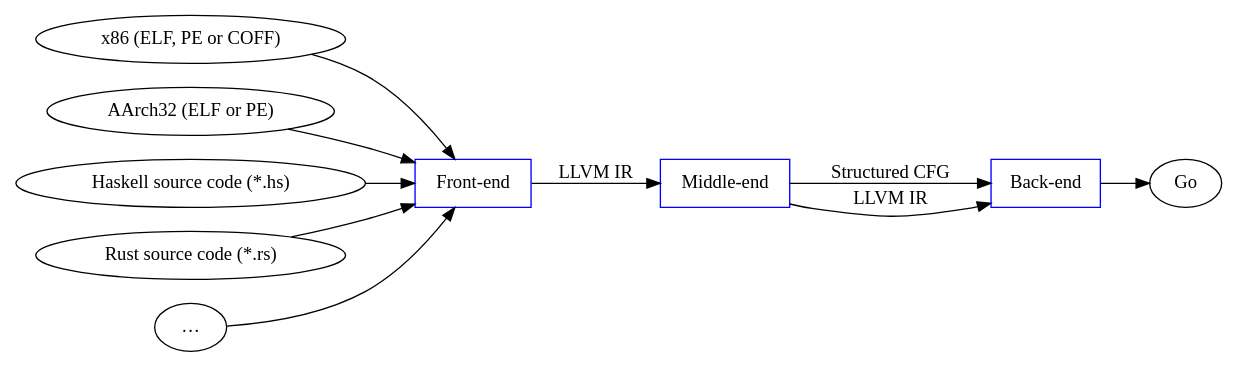
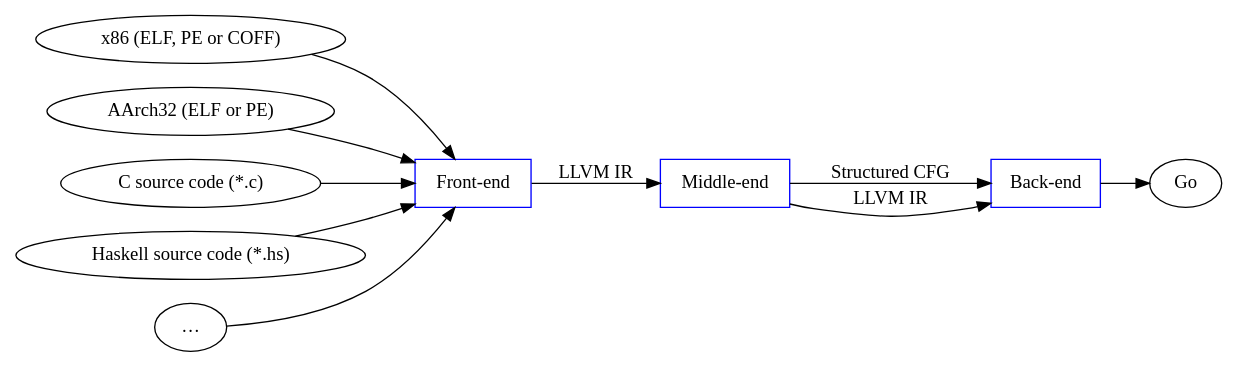
Before and after one commit to decomp/doc: the diagram in inc/decompilation_pipeline.dot, drawn with Graphviz. The commit also changed 7 other files, not shown here.

```diff
--- a/inc/decompilation_pipeline.dot
+++ b/inc/decompilation_pipeline.dot
@@ -1,27 +1,27 @@
 digraph G {
 	rankdir=LR
 
 	// MC-Semantic input
 	In1 [label="x86 (ELF, PE or COFF)"]
 	// Fracture input
 	In2 [label="AArch32 (ELF or PE)"]
+	// Clang input
+	In3 [label="C source code (*.c)"]
 	// GHC input
-	In3 [label="Haskell source code (*.hs)"]
-	// rustc input
-	In4 [label="Rust source code (*.rs)"]
+	In4 [label="Haskell source code (*.hs)"]
 	// Any LLVM compiler input
 	In5 [label="…"]
 
 	Front [label="Front-end" color=blue shape=box]
 	Middle [label="Middle-end" color=blue shape=box]
 	Back [label="Back-end" color=blue shape=box]
 
 	// Output
 	Out [label="Go"]
 
 	{In1 In2 In3 In4 In5} -> Front
 	Front -> Middle [label="LLVM IR"]
 	Middle -> Back [label="Structured CFG"]
 	Middle -> Back [label="LLVM IR"]
 	Back -> Out
 }
```
